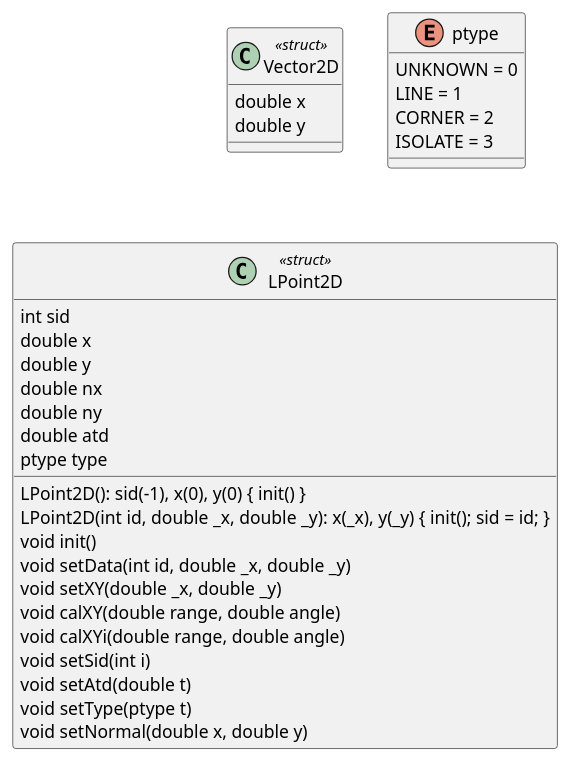
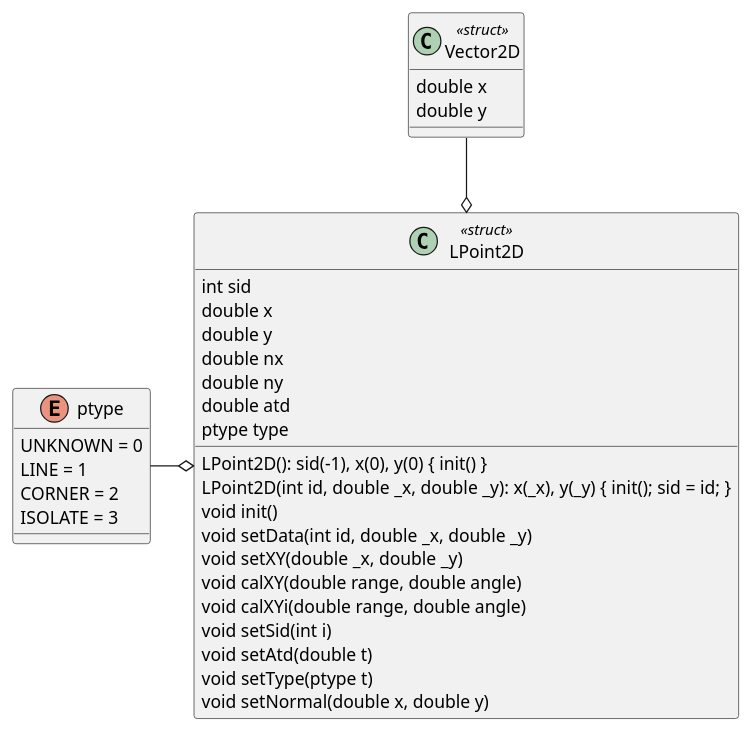
One commit to ShisatoYano/SLAMDesignUML changed the diagram in PlantUML/LPoint2D/LPoint2D_Class.puml. Above: the diagram before and after it, drawn with PlantUML. The commit also changed 12 other files, not shown here.

Commit message:
add some activity diagrams of Pose2D.

```diff
--- a/PlantUML/LPoint2D/LPoint2D_Class.puml
+++ b/PlantUML/LPoint2D/LPoint2D_Class.puml
@@ -1,39 +1,42 @@
 @startuml
 
 skinparam classAttributeIconSize 0
 
 class Vector2D <<struct>>{
     double x
     double y
 }
 
 enum ptype{
     UNKNOWN = 0
     LINE = 1
     CORNER = 2
     ISOLATE = 3
 }
 
 class LPoint2D <<struct>>{
     int sid /'scan index'/
     double x /'position x'/
     double y /'position y'/
     double nx /'normal vector'/
     double ny /'normal vector'/
     double atd /'accumulated travel distance'/
     ptype type /'type of point'/
 
     LPoint2D(): sid(-1), x(0), y(0) { init() }
     LPoint2D(int id, double _x, double _y): x(_x), y(_y) { init(); sid = id; }
     void init()
     void setData(int id, double _x, double _y)
     void setXY(double _x, double _y)
     void calXY(double range, double angle)
     void calXYi(double range, double angle)
     void setSid(int i)
     void setAtd(double t)
     void setType(ptype t)
     void setNormal(double x, double y)
 }
 
+ptype -o LPoint2D
+Vector2D --o LPoint2D
+
 @enduml
```
